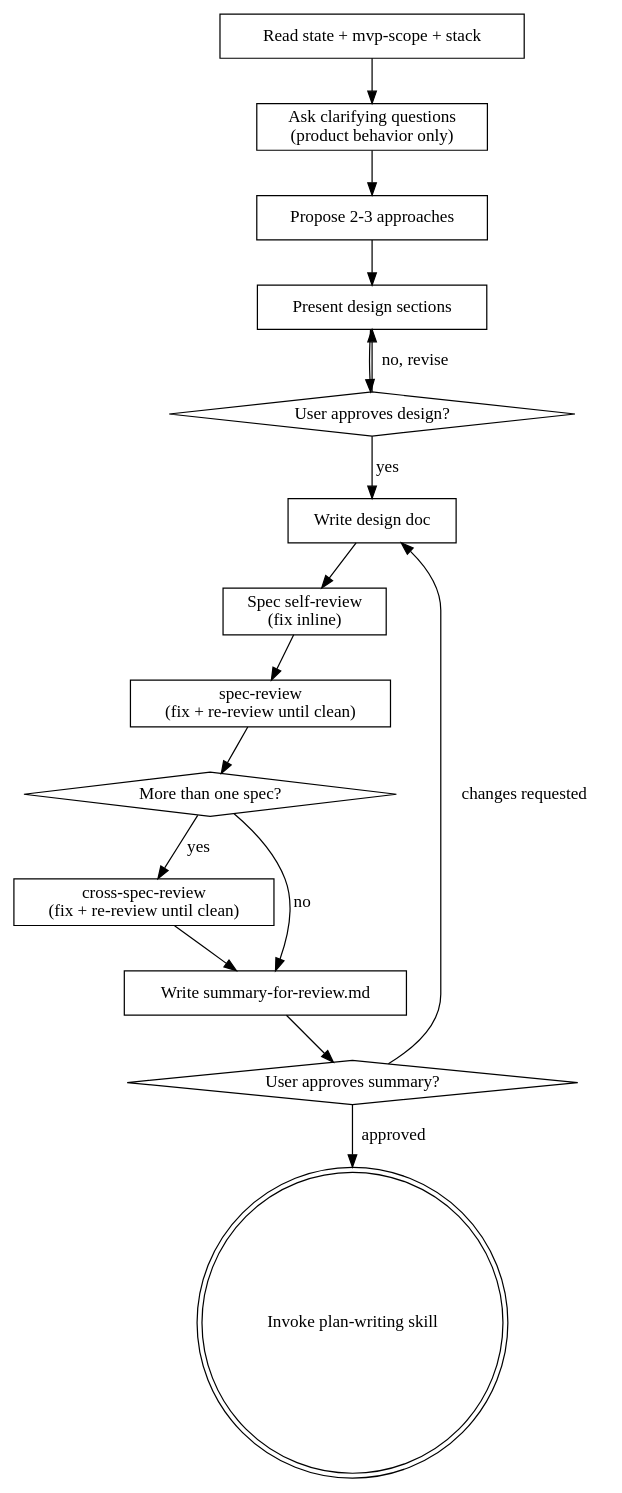
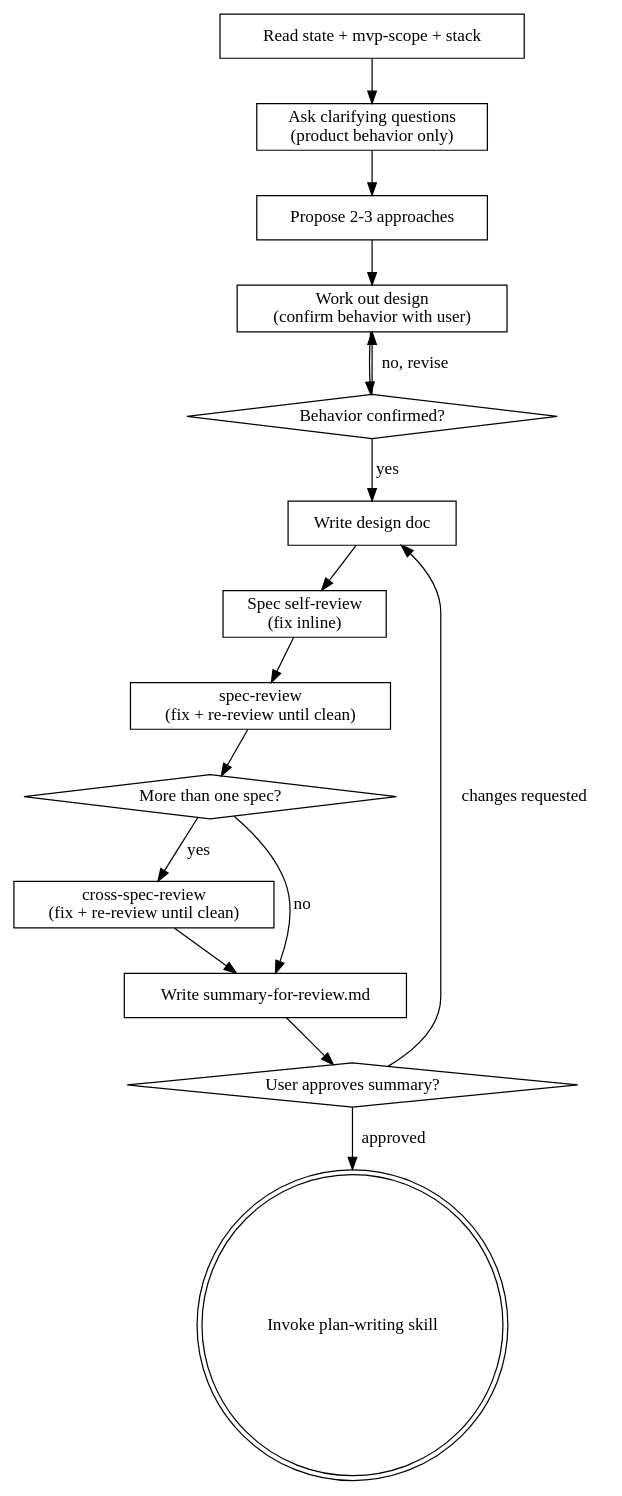
Before and after one commit to tsergeytovarov/super-puper-powers: the diagram in skills/spec-writing/SKILL.md, drawn with Graphviz. The commit also changed other lines of this file, not shown here.

````diff
--- a/skills/spec-writing/SKILL.md
+++ b/skills/spec-writing/SKILL.md
@@ -40,33 +40,33 @@
 ```dot
 digraph spec_writing {
     "Read state + mvp-scope + stack" [shape=box];
     "Ask clarifying questions\n(product behavior only)" [shape=box];
     "Propose 2-3 approaches" [shape=box];
-    "Present design sections" [shape=box];
-    "User approves design?" [shape=diamond];
+    "Work out design\n(confirm behavior with user)" [shape=box];
+    "Behavior confirmed?" [shape=diamond];
     "Write design doc" [shape=box];
     "Spec self-review\n(fix inline)" [shape=box];
     "spec-review\n(fix + re-review until clean)" [shape=box];
     "More than one spec?" [shape=diamond];
     "cross-spec-review\n(fix + re-review until clean)" [shape=box];
     "Write summary-for-review.md" [shape=box];
     "User approves summary?" [shape=diamond];
     "Invoke plan-writing skill" [shape=doublecircle];
 
     "Read state + mvp-scope + stack" -> "Ask clarifying questions\n(product behavior only)";
     "Ask clarifying questions\n(product behavior only)" -> "Propose 2-3 approaches";
-    "Propose 2-3 approaches" -> "Present design sections";
-    "Present design sections" -> "User approves design?";
-    "User approves design?" -> "Present design sections" [label="no, revise"];
-    "User approves design?" -> "Write design doc" [label="yes"];
+    "Propose 2-3 approaches" -> "Work out design\n(confirm behavior with user)";
+    "Work out design\n(confirm behavior with user)" -> "Behavior confirmed?";
+    "Behavior confirmed?" -> "Work out design\n(confirm behavior with user)" [label="no, revise"];
+    "Behavior confirmed?" -> "Write design doc" [label="yes"];
     "Write design doc" -> "Spec self-review\n(fix inline)";
     "Spec self-review\n(fix inline)" -> "spec-review\n(fix + re-review until clean)";
     "spec-review\n(fix + re-review until clean)" -> "More than one spec?";
     "More than one spec?" -> "cross-spec-review\n(fix + re-review until clean)" [label="yes"];
     "More than one spec?" -> "Write summary-for-review.md" [label="no"];
     "cross-spec-review\n(fix + re-review until clean)" -> "Write summary-for-review.md";
     "Write summary-for-review.md" -> "User approves summary?";
     "User approves summary?" -> "Write design doc" [label="changes requested"];
     "User approves summary?" -> "Invoke plan-writing skill" [label="approved"];
 }
 ```
````
